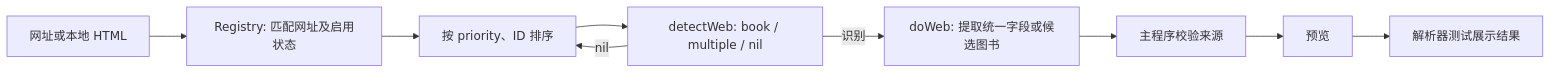
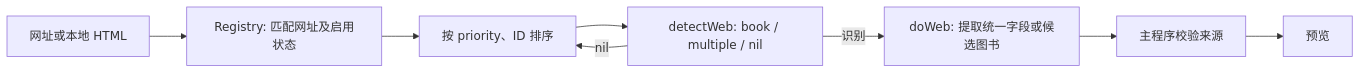
The diagram in Docs/TRANSLATORS.md (MediCoderHZ/Bookshelf), drawn with Mermaid before and after one commit. The commit also changed other lines of this file and 67 other files, not shown here.

````diff
--- a/Docs/TRANSLATORS.md
+++ b/Docs/TRANSLATORS.md
@@ -15,11 +15,10 @@
 ```mermaid
 flowchart LR
   A[网址或本地 HTML] --> B[Registry: 匹配网址及启用状态]
   B --> C[按 priority、ID 排序]
   C --> D[detectWeb: book / multiple / nil]
   D -->|nil| C
   D -->|识别| E[doWeb: 提取统一字段或候选图书]
   E --> F[主程序校验来源]
   F --> G[预览]
-  G --> H[解析器测试展示结果]
 ```
````
